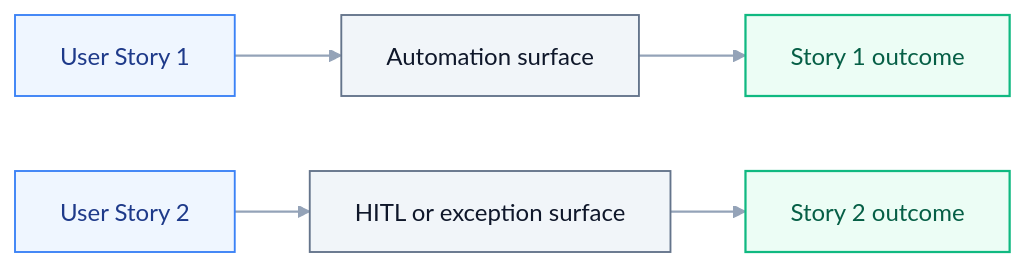
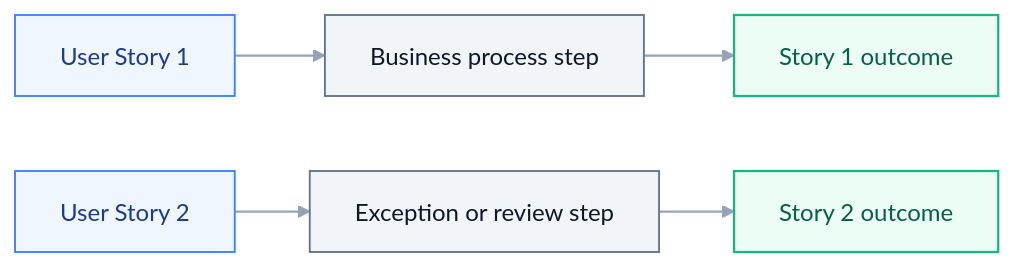
The second of 2 diagrams in templates/uiplan/_spec-template.md (DanielaRosenn/uiplan-agent-of-agents), drawn with Mermaid before and after one commit. The commit also changed other lines of this file and 6 other files, not shown here.

````diff
--- a/templates/uiplan/_spec-template.md
+++ b/templates/uiplan/_spec-template.md
@@ -138,14 +108,14 @@
 ```mermaid
 flowchart LR
-  Story1[User Story 1] --> Surface1[Automation surface]
+  Story1[User Story 1] --> Surface1[Business process step]
   Surface1 --> Outcome1[Story 1 outcome]
-  Story2[User Story 2] --> Surface2[HITL or exception surface]
+  Story2[User Story 2] --> Surface2[Exception or review step]
   Surface2 --> Outcome2[Story 2 outcome]
   classDef story fill:#EFF6FF,stroke:#3B82F6,color:#1E3A8A,stroke-width:1.25px
   classDef surface fill:#F1F5F9,stroke:#64748B,color:#0F172A,stroke-width:1.25px
   classDef outcome fill:#ECFDF5,stroke:#10B981,color:#065F46,stroke-width:1.5px
   class Story1,Story2 story
   class Surface1,Surface2 surface
   class Outcome1,Outcome2 outcome
   linkStyle default stroke:#94A3B8,stroke-width:1.5px
 ```
````
